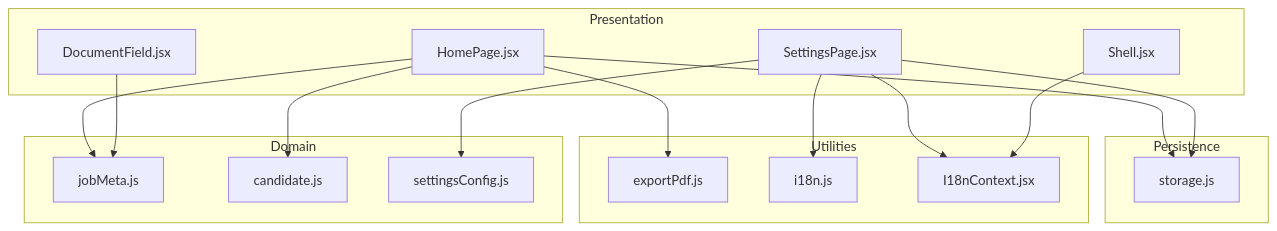
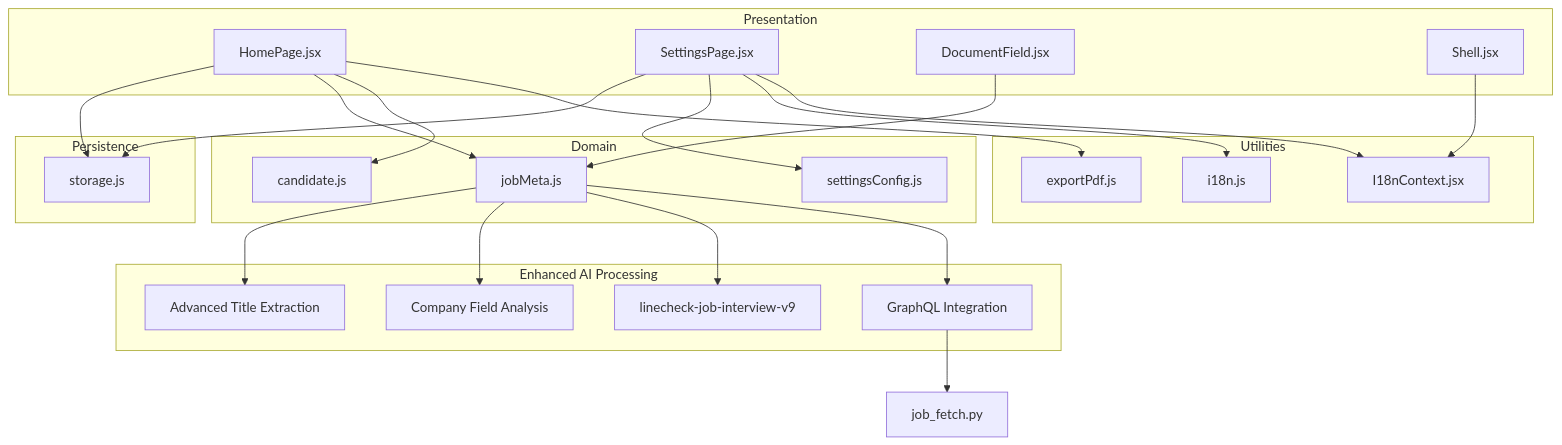
One commit to zmyeo54/briefroom changed the second of 12 diagrams in .qoder/repowiki/en/content/Core Features/Job Application Management.md. Above: the diagram before and after it, drawn with Mermaid. The commit also changed other lines of this file and 42 other files, not shown here.

First line of the commit message:
feat(job-application): enhance job metadata extraction and processing capabilities

````diff
--- a/.qoder/repowiki/en/content/Core Features/Job Application Management.md
+++ b/.qoder/repowiki/en/content/Core Features/Job Application Management.md
@@ -119,32 +141,43 @@
 ```mermaid
 graph TB
 subgraph "Presentation"
 P1["HomePage.jsx"]
 P2["SettingsPage.jsx"]
 C1["DocumentField.jsx"]
 C2["Shell.jsx"]
 end
 subgraph "Domain"
 D1["jobMeta.js"]
 D2["candidate.js"]
 D3["settingsConfig.js"]
+end
+subgraph "Enhanced AI Processing"
+A1["Advanced Title Extraction"]
+A2["Company Field Analysis"]
+A3["linecheck-job-interview-v9"]
+A4["GraphQL Integration"]
 end
 subgraph "Persistence"
 S1["storage.js"]
 end
 subgraph "Utilities"
 U1["exportPdf.js"]
 U2["i18n.js"]
 U3["I18nContext.jsx"]
 end
 P1 --> S1
 P1 --> D1
 P1 --> D2
 P1 --> U1
 P2 --> S1
 P2 --> D3
 P2 --> U2
 P2 --> U3
 C1 --> D1
 C2 --> U3
+D1 --> A1
+D1 --> A2
+D1 --> A3
+D1 --> A4
+A4 --> P["job_fetch.py"]
 ```
````
